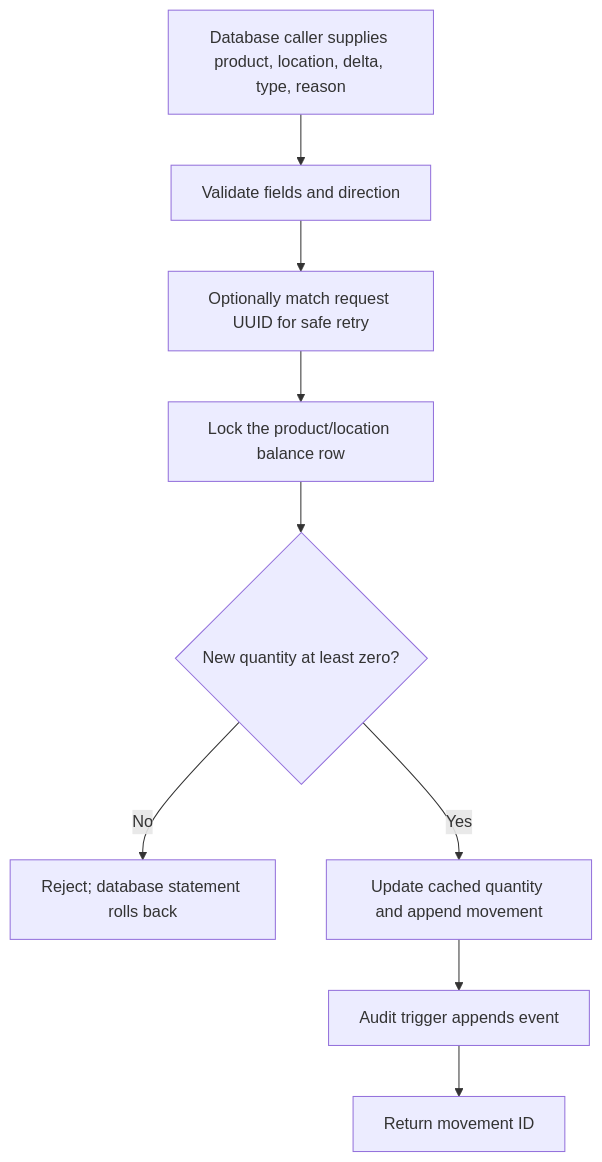
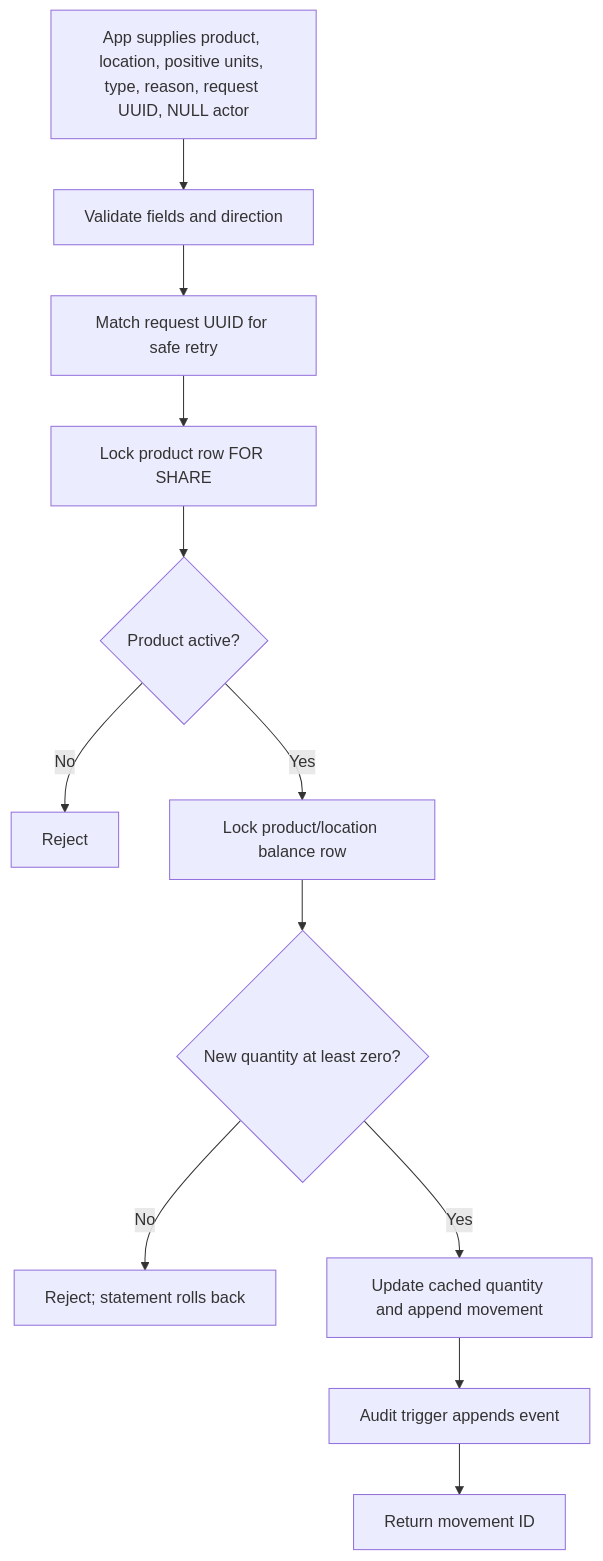
The diagram in docs/USER_MANUAL.md (sysinfo7/Inventory_System), drawn with Mermaid before and after one commit. The commit also changed other lines of this file and 22 other files, not shown here.

````diff
--- a/docs/USER_MANUAL.md
+++ b/docs/USER_MANUAL.md
@@ -61,11 +74,14 @@
 ```mermaid
 flowchart TD
-    A[Database caller supplies product, location, delta, type, reason] --> B[Validate fields and direction]
-    B --> C[Optionally match request UUID for safe retry]
-    C --> D[Lock the product/location balance row]
-    D --> E{New quantity at least zero?}
-    E -- No --> F[Reject; database statement rolls back]
-    E -- Yes --> G[Update cached quantity and append movement]
-    G --> H[Audit trigger appends event]
-    H --> I[Return movement ID]
+    A[App supplies product, location, positive units, type, reason, request UUID, NULL actor] --> B[Validate fields and direction]
+    B --> C[Match request UUID for safe retry]
+    C --> D[Lock product row FOR SHARE]
+    D --> E{Product active?}
+    E -- No --> F[Reject]
+    E -- Yes --> G[Lock product/location balance row]
+    G --> H{New quantity at least zero?}
+    H -- No --> I[Reject; statement rolls back]
+    H -- Yes --> J[Update cached quantity and append movement]
+    J --> K[Audit trigger appends event]
+    K --> L[Return movement ID]
 ```
````
